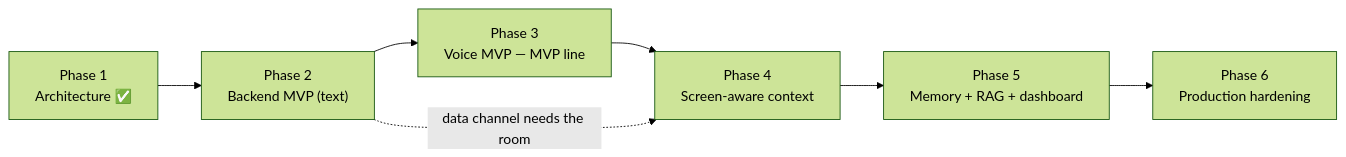
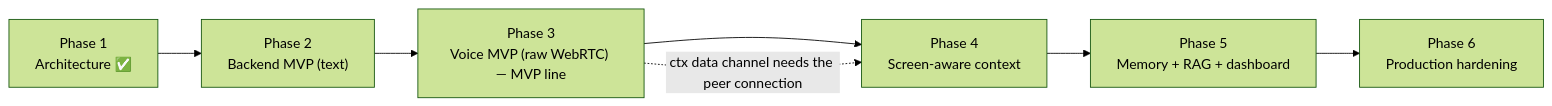
The diagram in docs/17-roadmap.md (bibekanandan892/vyaparpay-voice-agent), drawn with Mermaid (forest theme) before and after one commit. The commit also changed other lines of this file and 22 other files, not shown here.

First line of the commit message:
refactor(arch): replace LiveKit with raw WebRTC (libwebrtc + aiortc)

````diff
--- a/docs/17-roadmap.md
+++ b/docs/17-roadmap.md
@@ -39,9 +39,9 @@
 ```mermaid
 flowchart LR
     P1["Phase 1<br/>Architecture ✅"] --> P2["Phase 2<br/>Backend MVP (text)"]
-    P2 --> P3["Phase 3<br/>Voice MVP — MVP line"]
+    P2 --> P3["Phase 3<br/>Voice MVP (raw WebRTC) — MVP line"]
     P3 --> P4["Phase 4<br/>Screen-aware context"]
     P4 --> P5["Phase 5<br/>Memory + RAG + dashboard"]
     P5 --> P6["Phase 6<br/>Production hardening"]
-    P2 -.->|"data channel needs the room"| P4
+    P3 -.->|"ctx data channel needs the peer connection"| P4
 ```
````
